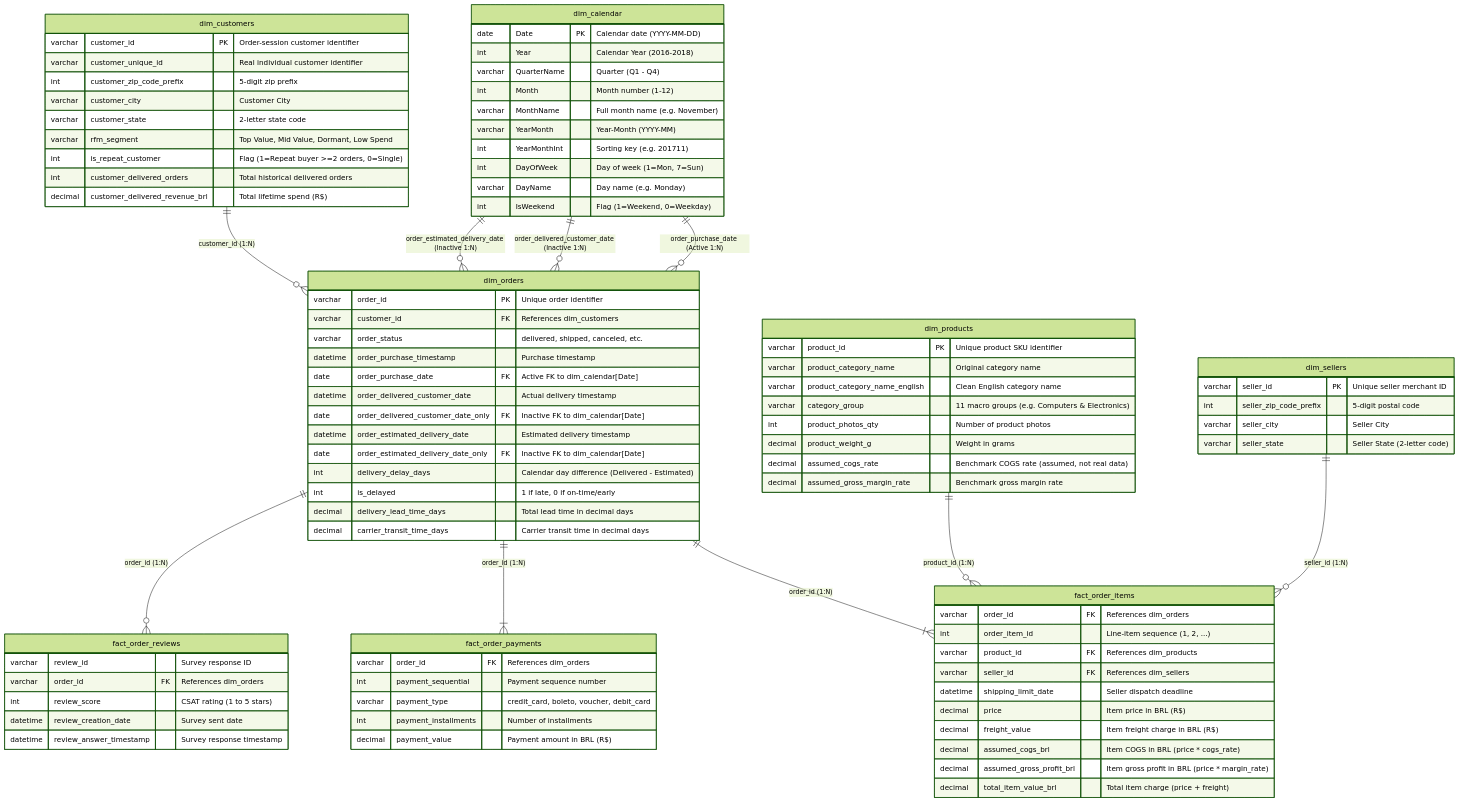
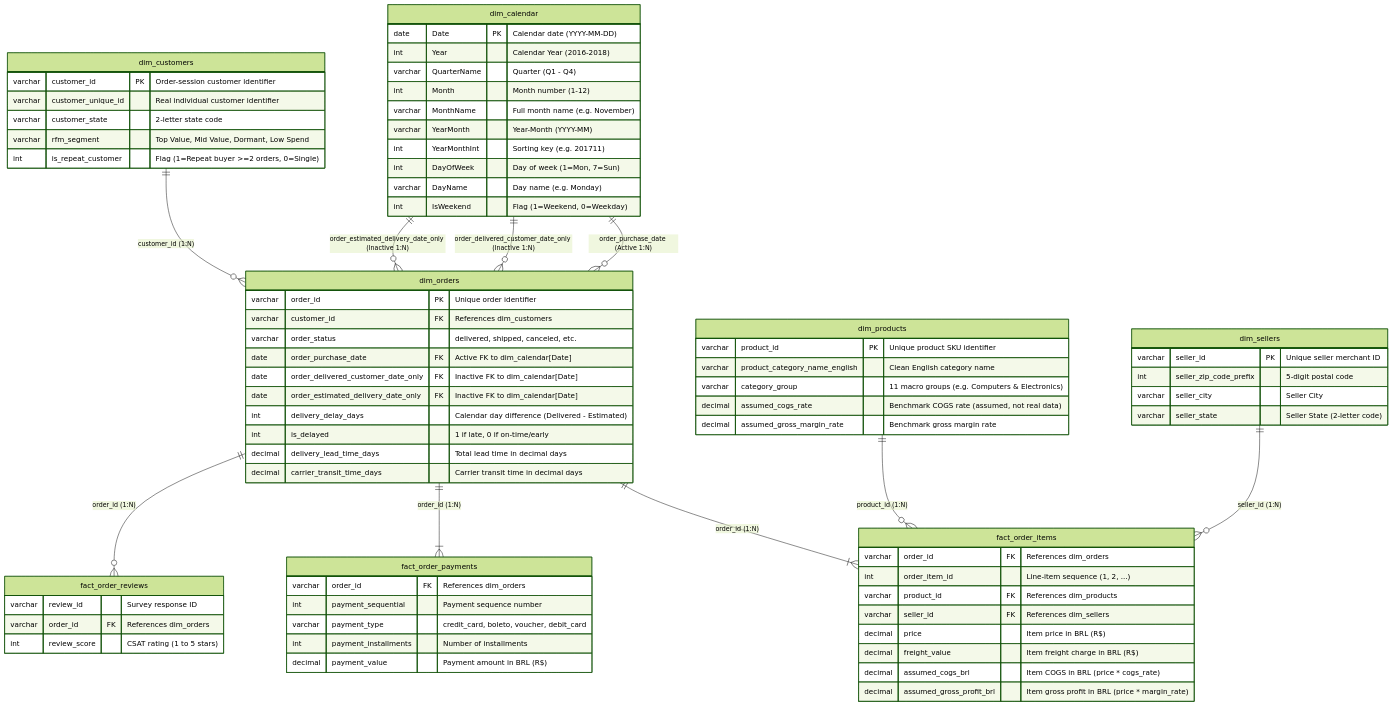
Before and after one commit to Samk709/ecommerce-sales-customer-analytics: the diagram in power_bi/data_model_spec.md, drawn with Mermaid (forest theme). The commit also changed 6 other files, not shown here.

````diff
--- a/power_bi/data_model_spec.md
+++ b/power_bi/data_model_spec.md
@@ -17,8 +17,8 @@
 ```mermaid
 erDiagram
     dim_calendar ||--o{ dim_orders : "order_purchase_date (Active 1:N)"
-    dim_calendar ||--o{ dim_orders : "order_delivered_customer_date (Inactive 1:N)"
-    dim_calendar ||--o{ dim_orders : "order_estimated_delivery_date (Inactive 1:N)"
+    dim_calendar ||--o{ dim_orders : "order_delivered_customer_date_only (Inactive 1:N)"
+    dim_calendar ||--o{ dim_orders : "order_estimated_delivery_date_only (Inactive 1:N)"
     dim_customers ||--o{ dim_orders : "customer_id (1:N)"
     dim_orders ||--|{ fact_order_items : "order_id (1:N)"
     dim_orders ||--|{ fact_order_payments : "order_id (1:N)"
@@ -42,24 +42,17 @@
     dim_customers {
         varchar customer_id PK "Order-session customer identifier"
         varchar customer_unique_id "Real individual customer identifier"
-        int customer_zip_code_prefix "5-digit zip prefix"
-        varchar customer_city "Customer City"
         varchar customer_state "2-letter state code"
         varchar rfm_segment "Top Value, Mid Value, Dormant, Low Spend"
         int is_repeat_customer "Flag (1=Repeat buyer >=2 orders, 0=Single)"
-        int customer_delivered_orders "Total historical delivered orders"
-        decimal customer_delivered_revenue_brl "Total lifetime spend (R$)"
     }
 
     dim_orders {
         varchar order_id PK "Unique order identifier"
         varchar customer_id FK "References dim_customers"
         varchar order_status "delivered, shipped, canceled, etc."
-        datetime order_purchase_timestamp "Purchase timestamp"
         date order_purchase_date FK "Active FK to dim_calendar[Date]"
-        datetime order_delivered_customer_date "Actual delivery timestamp"
         date order_delivered_customer_date_only FK "Inactive FK to dim_calendar[Date]"
-        datetime order_estimated_delivery_date "Estimated delivery timestamp"
         date order_estimated_delivery_date_only FK "Inactive FK to dim_calendar[Date]"
         int delivery_delay_days "Calendar day difference (Delivered - Estimated)"
         int is_delayed "1 if late, 0 if on-time/early"
@@ -69,11 +62,8 @@
 
     dim_products {
         varchar product_id PK "Unique product SKU identifier"
-        varchar product_category_name "Original category name"
         varchar product_category_name_english "Clean English category name"
         varchar category_group "11 macro groups (e.g. Computers & Electronics)"
-        int product_photos_qty "Number of product photos"
-        decimal product_weight_g "Weight in grams"
         decimal assumed_cogs_rate "Benchmark COGS rate (assumed, not real data)"
         decimal assumed_gross_margin_rate "Benchmark gross margin rate"
     }
@@ -90,12 +80,10 @@
         int order_item_id "Line-item sequence (1, 2, ...)"
         varchar product_id FK "References dim_products"
         varchar seller_id FK "References dim_sellers"
-        datetime shipping_limit_date "Seller dispatch deadline"
         decimal price "Item price in BRL (R$)"
         decimal freight_value "Item freight charge in BRL (R$)"
         decimal assumed_cogs_brl "Item COGS in BRL (price * cogs_rate)"
         decimal assumed_gross_profit_brl "Item gross profit in BRL (price * margin_rate)"
-        decimal total_item_value_brl "Total item charge (price + freight)"
     }
 
     fact_order_payments {
@@ -110,7 +98,5 @@
         varchar review_id "Survey response ID"
         varchar order_id FK "References dim_orders"
         int review_score "CSAT rating (1 to 5 stars)"
-        datetime review_creation_date "Survey sent date"
-        datetime review_answer_timestamp "Survey response timestamp"
     }
 ```
````
